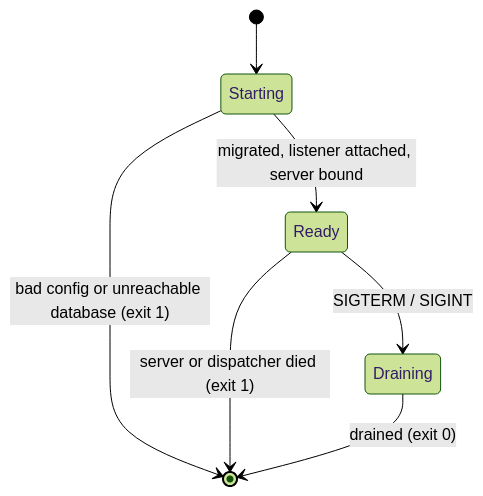
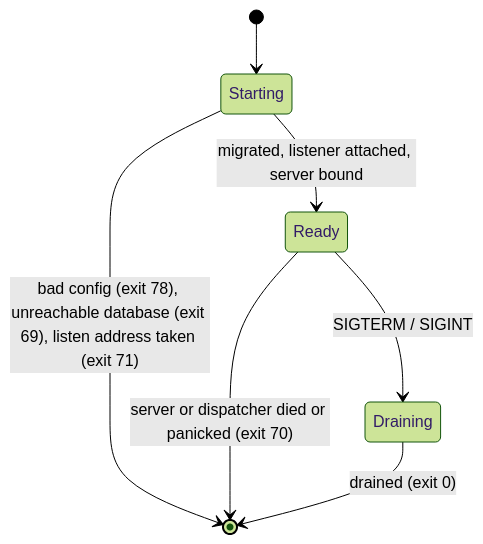
Before and after one commit to vymalo/another-agentic-system: the second of 2 diagrams in orchestrator/README.md, drawn with Mermaid (forest theme). The commit also changed other lines of this file and 35 other files, not shown here.

````diff
--- a/orchestrator/README.md
+++ b/orchestrator/README.md
@@ -99,9 +99,9 @@
 ```mermaid
 stateDiagram-v2
   [*] --> Starting
   Starting --> Ready: migrated, listener attached, server bound
-  Starting --> [*]: bad config or unreachable database (exit 1)
+  Starting --> [*]: bad config (exit 78), unreachable database (exit 69), listen address taken (exit 71)
   Ready --> Draining: SIGTERM / SIGINT
-  Ready --> [*]: server or dispatcher died (exit 1)
+  Ready --> [*]: server or dispatcher died or panicked (exit 70)
   Draining --> [*]: drained (exit 0)
 ```
````
